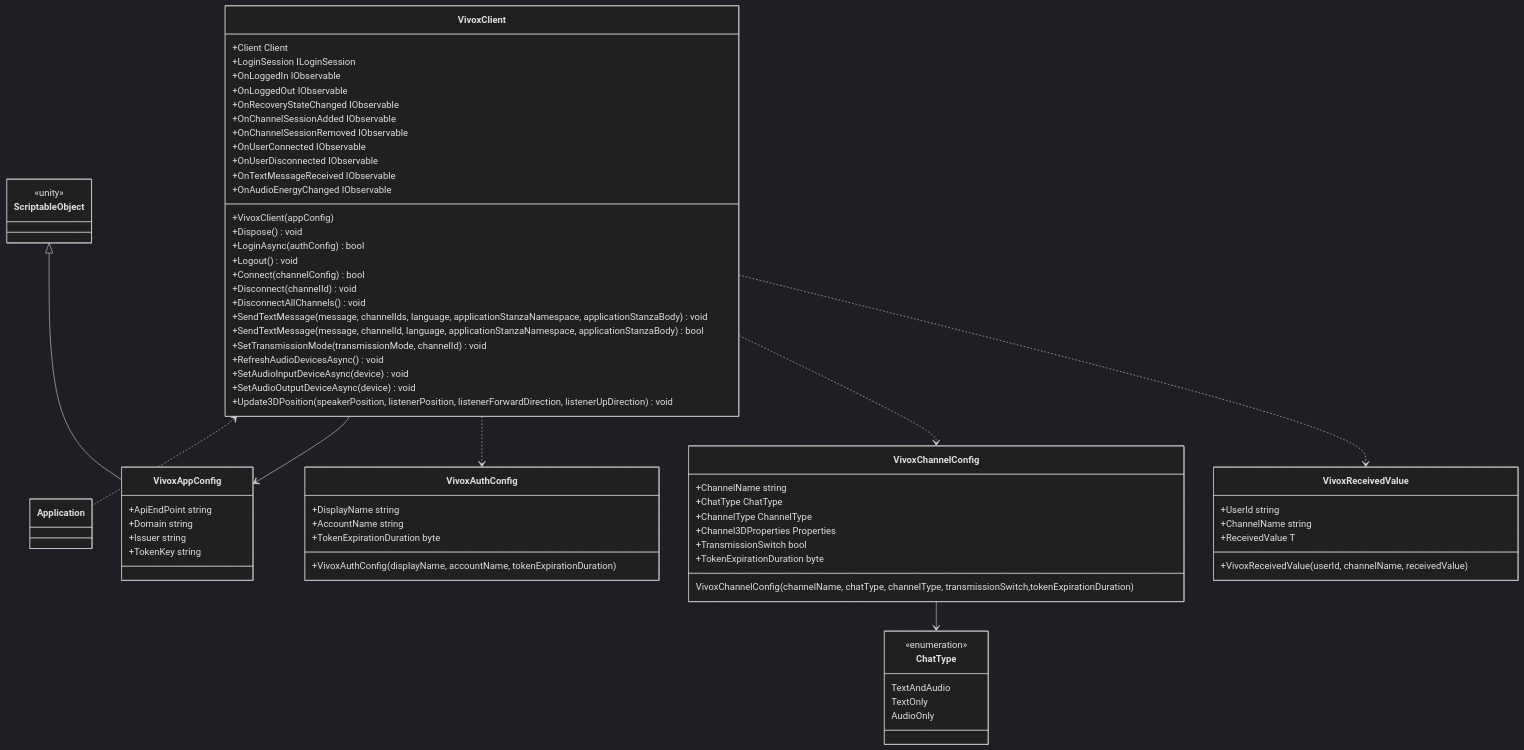
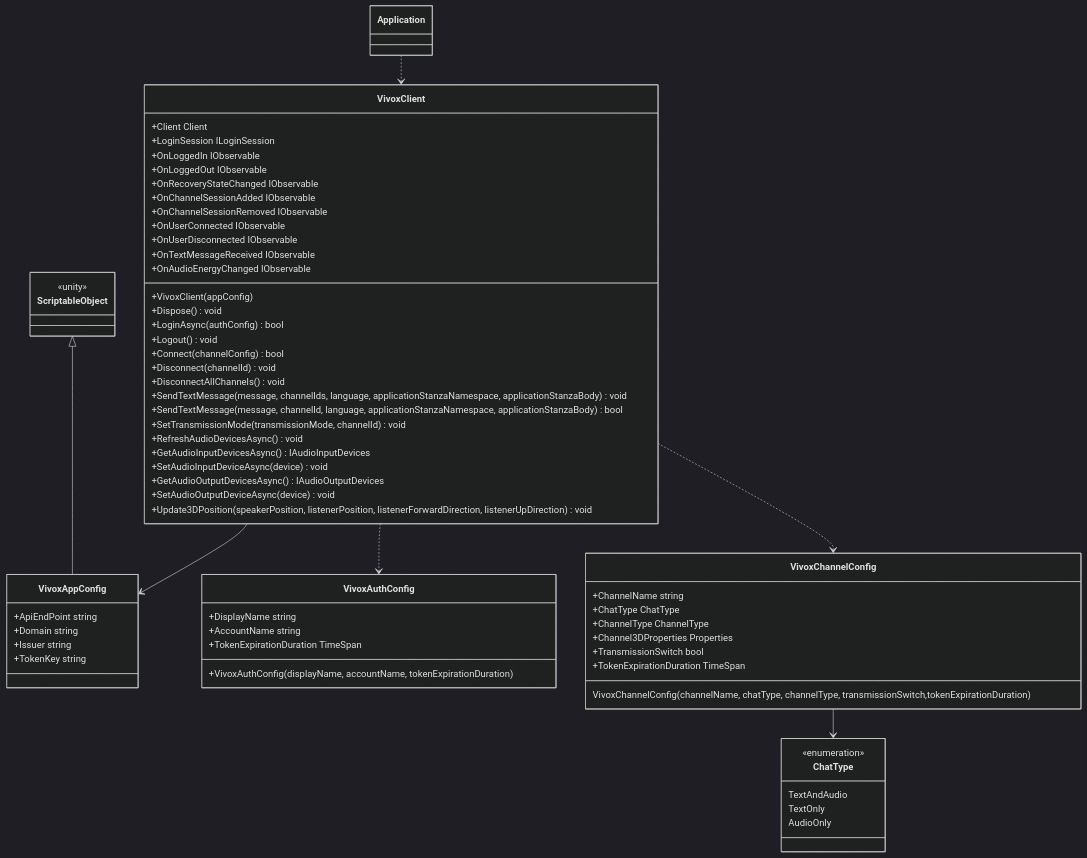
The diagram in docs/integration/chat.vivox.md (extreal-dev/Extreal.Guide), drawn with Mermaid (dark theme) before and after one commit. The commit also changed other lines of this file, not shown here.

Commit message:
ソースレビューの結果を反映

````diff
--- a/docs/integration/chat.vivox.md
+++ b/docs/integration/chat.vivox.md
@@ -40,11 +40,10 @@
 ```mermaid
 classDiagram
 
-    VivoxClient <.. Application
+    Application ..> VivoxClient
     VivoxClient --> VivoxAppConfig
     VivoxClient ..> VivoxAuthConfig
     VivoxClient ..> VivoxChannelConfig
-    VivoxClient ..> VivoxReceivedValue
     VivoxChannelConfig --> ChatType
     ScriptableObject <|-- VivoxAppConfig
 
@@ -74,7 +73,9 @@
         +SendTextMessage(message, channelId, language, applicationStanzaNamespace, applicationStanzaBody) bool
         +SetTransmissionMode(transmissionMode, channelId) void
         +RefreshAudioDevicesAsync() void
+        +GetAudioInputDevicesAsync() IAudioInputDevices
         +SetAudioInputDeviceAsync(device) void
+        +GetAudioOutputDevicesAsync() IAudioOutputDevices
         +SetAudioOutputDeviceAsync(device) void
         +Update3DPosition(speakerPosition, listenerPosition, listenerForwardDirection, listenerUpDirection) void
     }
@@ -89,7 +90,7 @@
     class VivoxAuthConfig {
         +DisplayName string
         +AccountName string
-        +TokenExpirationDuration byte
+        +TokenExpirationDuration TimeSpan
         +VivoxAuthConfig(displayName, accountName,  tokenExpirationDuration)
     }
 
@@ -106,15 +107,8 @@
         +ChannelType ChannelType
         +Channel3DProperties Properties
         +TransmissionSwitch bool
-        +TokenExpirationDuration byte
+        +TokenExpirationDuration TimeSpan
         VivoxChannelConfig(channelName, chatType, channelType, transmissionSwitch,tokenExpirationDuration)
-    }
-
-    class VivoxReceivedValue {
-        +UserId string
-        +ChannelName string
-        +ReceivedValue T
-        +VivoxReceivedValue(userId, channelName, receivedValue)
     }
 
     class ScriptableObject {
````
